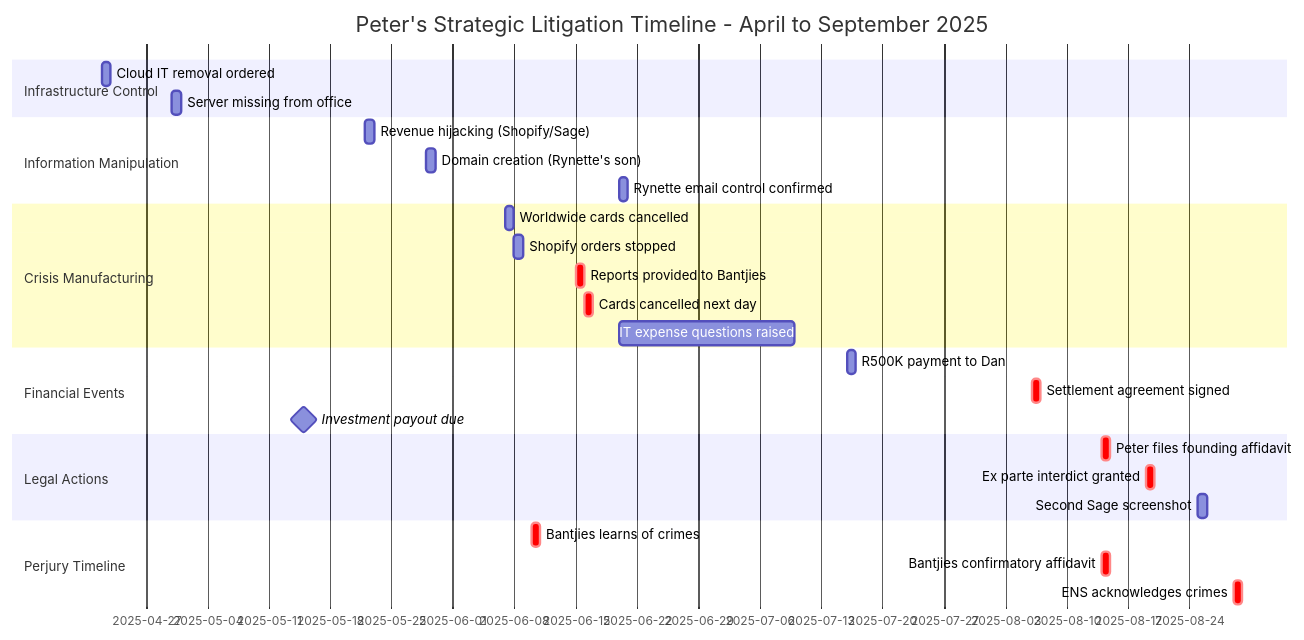
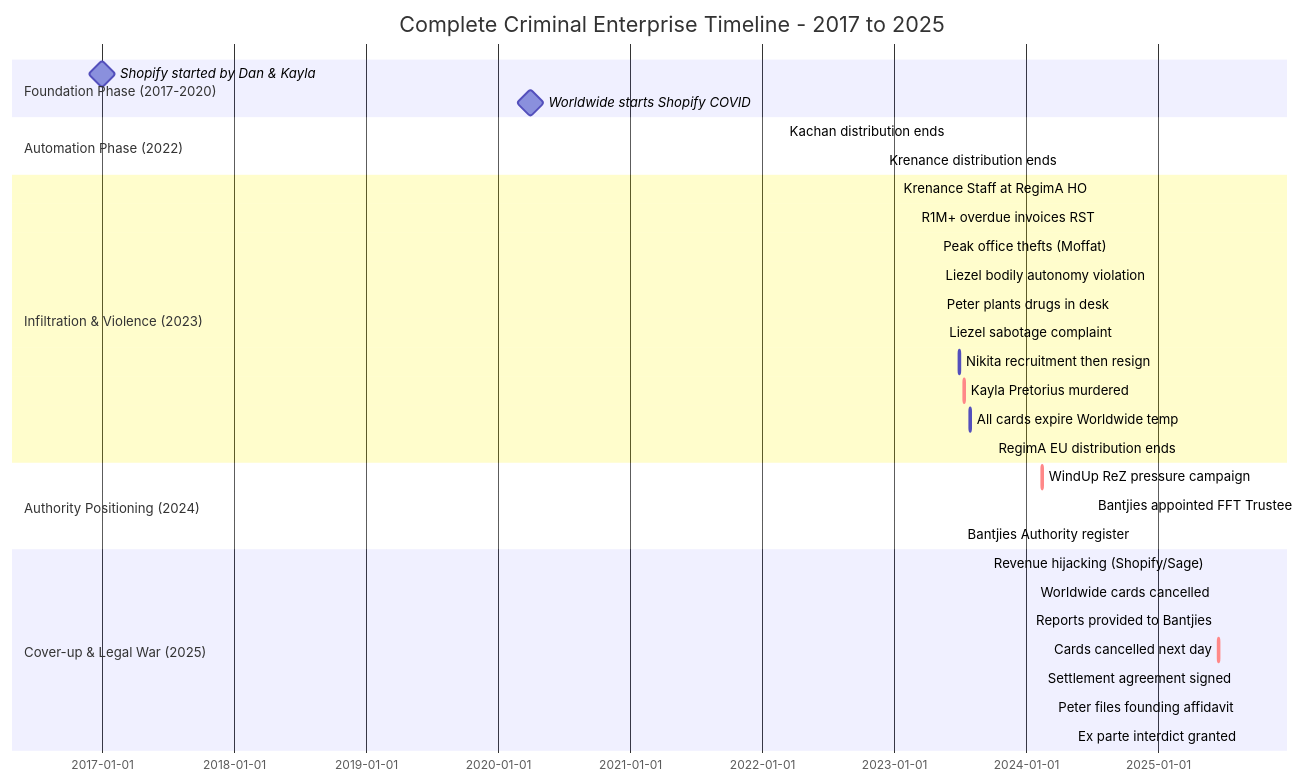
One commit to cogpy/ad-res-j7 changed the first of 9 diagrams in affidavit_work/analysis/TIMELINE_VISUAL_DIAGRAM.md. Above: the diagram before and after it, drawn with Mermaid. The commit also changed other lines of this file and 6 other files, not shown here.

Commit message:
Complete timeline event integration with all required events

````diff
--- a/affidavit_work/analysis/TIMELINE_VISUAL_DIAGRAM.md
+++ b/affidavit_work/analysis/TIMELINE_VISUAL_DIAGRAM.md
@@ -10,36 +10,39 @@
 ```mermaid
 gantt
-    title Peter's Strategic Litigation Timeline - April to September 2025
+    title Complete Criminal Enterprise Timeline - 2017 to 2025
     dateFormat  YYYY-MM-DD
     
-    section Infrastructure Control
-    Cloud IT removal ordered          :2025-04-22, 1d
-    Server missing from office        :2025-04-30, 1d
+    section Foundation Phase (2017-2020)
+    Shopify started by Dan & Kayla    :milestone, 2017-01-01, 0d
+    Worldwide starts Shopify COVID   :milestone, 2020-04-01, 0d
     
-    section Information Manipulation
-    Revenue hijacking (Shopify/Sage)  :2025-05-22, 1d
-    Domain creation (Rynette's son)   :2025-05-29, 1d
-    Rynette email control confirmed   :2025-06-20, 1d
+    section Automation Phase (2022)
+    Kachan distribution ends          :2022-02-28, 1d
+    Krenance distribution ends        :2022-11-30, 1d
     
-    section Crisis Manufacturing
-    Worldwide cards cancelled         :2025-06-07, 1d
-    Shopify orders stopped            :2025-06-08, 1d
+    section Infiltration & Violence (2023)
+    Krenance Staff at RegimA HO       :2023-01-10, 1d
+    R1M+ overdue invoices RST         :crit, 2023-02-28, 1d
+    Peak office thefts (Moffat)       :crit, 2023-04-30, 1d
+    Liezel bodily autonomy violation   :crit, 2023-05-05, 1d
+    Peter plants drugs in desk        :crit, 2023-05-10, 1d
+    Liezel sabotage complaint         :crit, 2023-05-15, 1d
+    Nikita recruitment then resign    :2023-06-30, 1d
+    Kayla Pretorius murdered          :crit, 2023-07-13, 1d
+    All cards expire Worldwide temp   :2023-07-30, 1d
+    RegimA EU distribution ends       :2023-09-30, 1d
+    
+    section Authority Positioning (2024)
+    WindUp ReZ pressure campaign      :crit, 2024-02-14, 1d
+    Bantjies appointed FFT Trustee    :crit, 2024-07-01, 1d
+    Bantjies Authority register       :crit, 2024-10-28, 1d
+    
+    section Cover-up & Legal War (2025)
+    Revenue hijacking (Shopify/Sage)  :crit, 2025-05-22, 1d
+    Worldwide cards cancelled         :crit, 2025-06-07, 1d
     Reports provided to Bantjies      :crit, 2025-06-15, 1d
     Cards cancelled next day          :crit, 2025-06-16, 1d
-    IT expense questions raised       :2025-06-20, 20d
-    
-    section Financial Events
-    R500K payment to Dan              :2025-07-16, 1d
     Settlement agreement signed       :crit, 2025-08-06, 1d
-    Investment payout due             :milestone, 2025-05-15, 0d
-    
-    section Legal Actions
     Peter files founding affidavit    :crit, 2025-08-14, 1d
     Ex parte interdict granted        :crit, 2025-08-19, 1d
-    Second Sage screenshot            :2025-08-25, 1d
-    
-    section Perjury Timeline
-    Bantjies learns of crimes         :crit, 2025-06-10, 1d
-    Bantjies confirmatory affidavit   :crit, 2025-08-14, 1d
-    ENS acknowledges crimes           :crit, 2025-08-29, 1d
 ```
````
